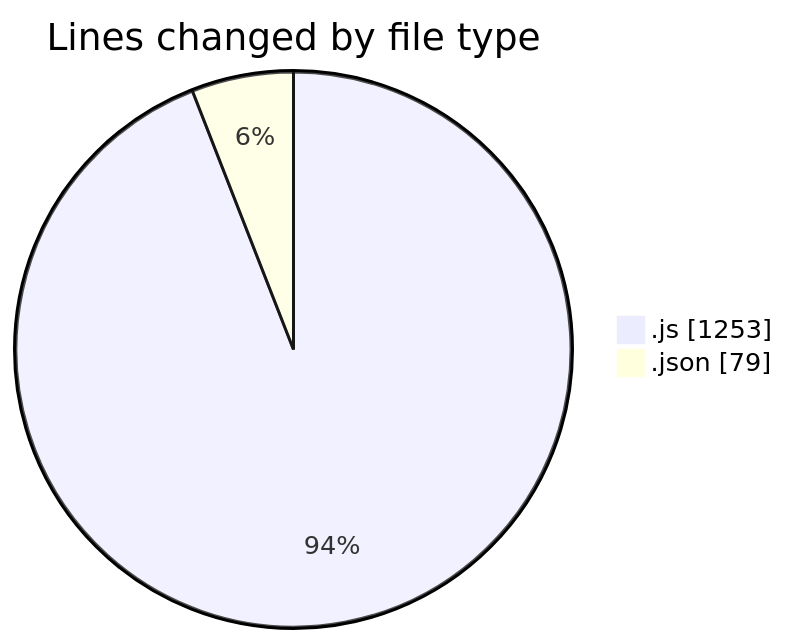
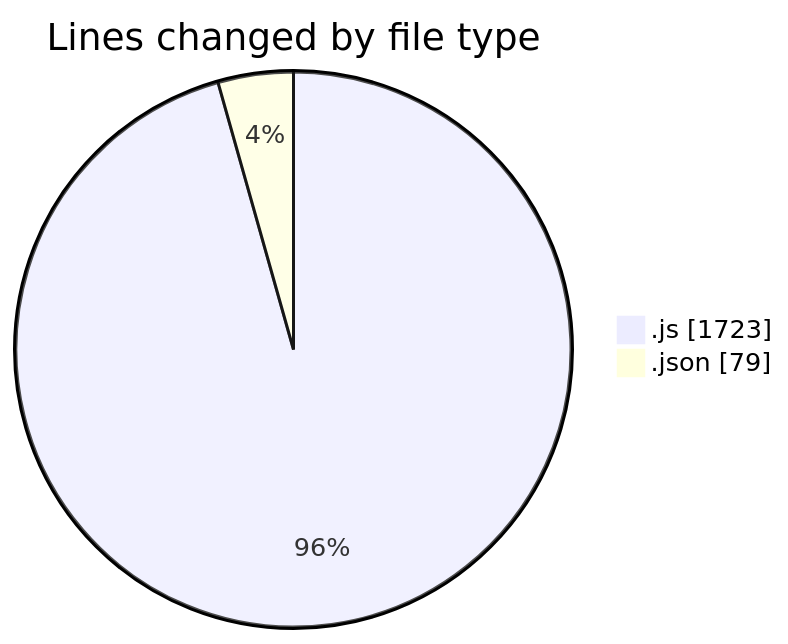
The first of 2 diagrams in 2025-01-31/cda/README.md (momahboobian/code-tracking), drawn with Mermaid before and after one commit. The commit also changed other lines of this file and 1 other file, not shown here.

````diff
--- a/2025-01-31/cda/README.md
+++ b/2025-01-31/cda/README.md
@@ -27,6 +28,6 @@
 ```mermaid
 pie showData
 title Lines changed by file type
-".js" : 1253
+".js" : 1723
 ".json" : 79
 ```
````
